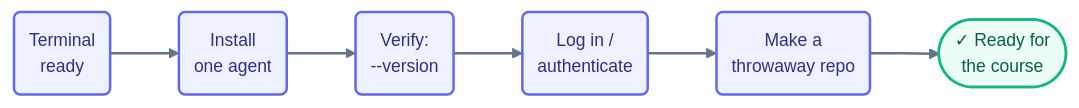
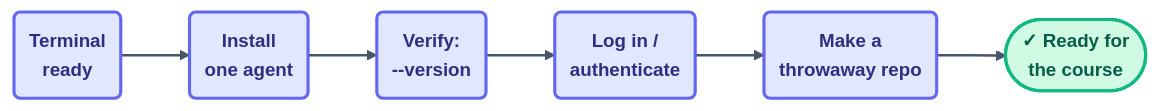
The diagram in docs/01-prerequisites/environment-setup.md (ayeshakhalid192007-dev/LoopEngineering-CrashCourse), drawn with Mermaid before and after one commit. The commit also changed 66 other files, not shown here.

First line of the commit message:
docs(diagrams): visibly bolder pass — deeper fills, heavier strokes, semibold labels

````diff
--- a/docs/01-prerequisites/environment-setup.md
+++ b/docs/01-prerequisites/environment-setup.md
@@ -29,12 +29,12 @@
 ```mermaid
-%%{init: {'theme':'base','themeVariables':{'fontFamily':'ui-sans-serif, system-ui, sans-serif','fontSize':'14px','lineColor':'#64748b','edgeLabelBackground':'#f8fafc'},'flowchart':{'curve':'basis','nodeSpacing':45,'rankSpacing':55,'padding':12}}}%%
+%%{init: {'theme':'base','themeVariables':{'fontFamily':'ui-sans-serif, system-ui, sans-serif','fontSize':'15px','lineColor':'#475569','edgeLabelBackground':'#f8fafc'},'flowchart':{'curve':'basis','nodeSpacing':45,'rankSpacing':55,'padding':12}}}%%
 flowchart LR
     A("Terminal<br/>ready"):::step --> B("Install<br/>one agent"):::step
     B --> C("Verify:<br/>--version"):::step
     C --> D("Log in /<br/>authenticate"):::step
     D --> E("Make a<br/>throwaway repo"):::step
     E --> F(["✓ Ready for<br/>the course"]):::done
-    linkStyle default stroke:#64748b,stroke-width:2px;
-    classDef step fill:#eef2ff,stroke:#6366f1,stroke-width:2px,color:#312e81;
-    classDef done fill:#ecfdf5,stroke:#10b981,stroke-width:2px,color:#065f46;
+    linkStyle default stroke:#475569,stroke-width:2px;
+    classDef step fill:#e0e7ff,stroke:#6366f1,stroke-width:2.5px,color:#312e81,font-weight:600;
+    classDef done fill:#d1fae5,stroke:#10b981,stroke-width:2.5px,color:#065f46,font-weight:600;
 ```
````
